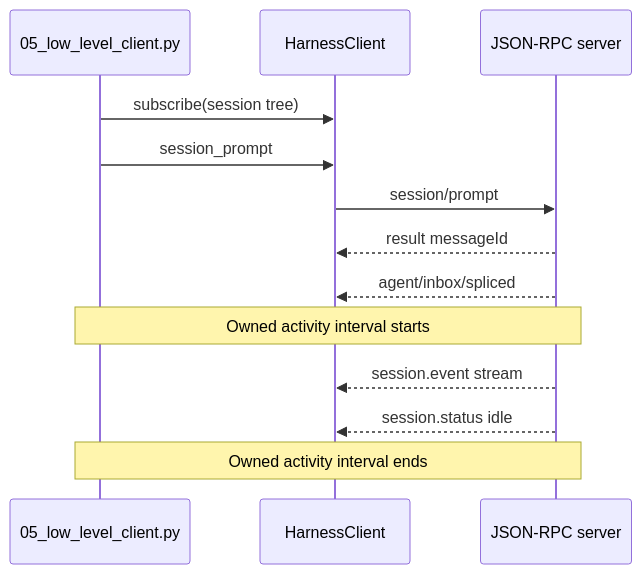
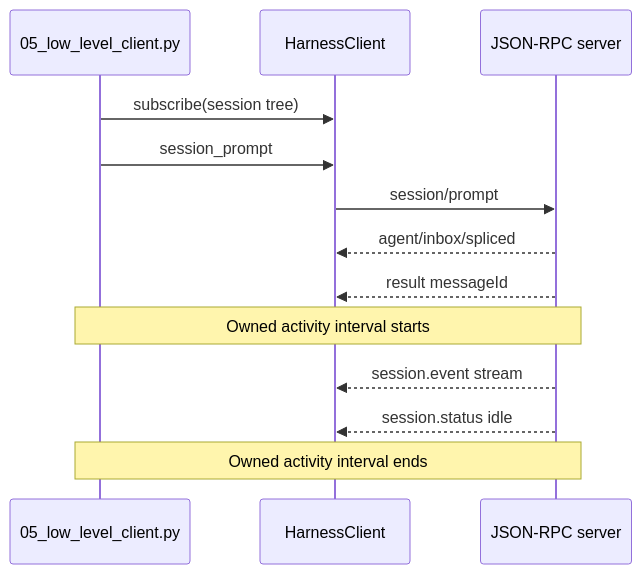
The diagram in tutorials/python-sdk/tutorials/05-low-level-client.md (eriklee1895/hands-on-dsh), drawn with Mermaid before and after one commit. The commit also changed other lines of this file and 72 other files, not shown here.

````diff
--- a/tutorials/python-sdk/tutorials/05-low-level-client.md
+++ b/tutorials/python-sdk/tutorials/05-low-level-client.md
@@ -28,15 +28,15 @@
 ```mermaid
 sequenceDiagram
     participant App as 05_low_level_client.py
     participant Client as HarnessClient
     participant Runtime as JSON-RPC server
     App->>Client: subscribe(session tree)
     App->>Client: session_prompt
     Client->>Runtime: session/prompt
+    Runtime-->>Client: agent/inbox/spliced
     Runtime-->>Client: result messageId
-    Runtime-->>Client: agent/inbox/spliced
     Note over App,Runtime: Owned activity interval starts
     Runtime-->>Client: session.event stream
     Runtime-->>Client: session.status idle
     Note over App,Runtime: Owned activity interval ends
 ```
````
